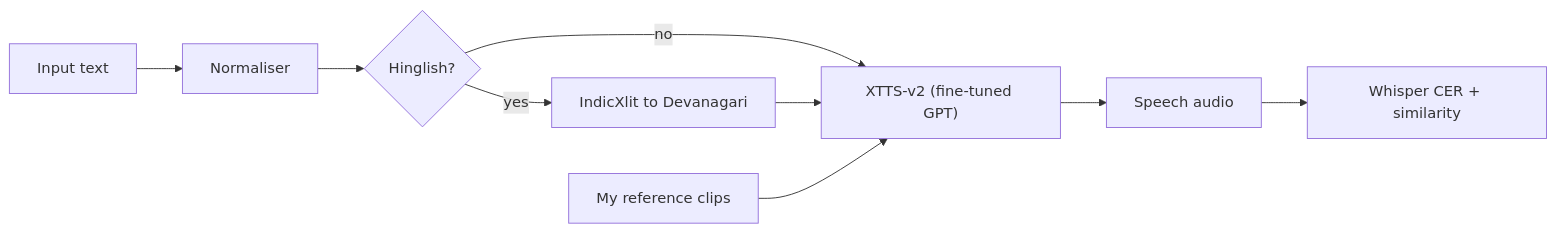
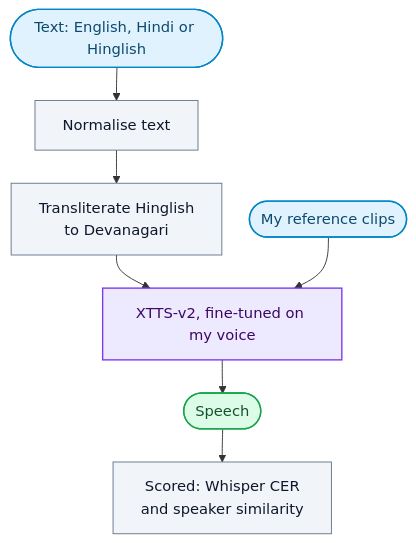
The diagram in projects/desi-tts.md (arukh281/arukh281), drawn with Mermaid before and after one commit. The commit also changed 5 other files, not shown here.

Commit message:
Cleaner diagrams, Earmark back in Now, desi-tts repo link, vendor ledger

````diff
--- a/projects/desi-tts.md
+++ b/projects/desi-tts.md
@@ -15,11 +15,14 @@
 ```mermaid
-flowchart LR
-  A["Input text"] --> B["Normaliser"]
-  B --> C{"Hinglish?"}
-  C -- yes --> D["IndicXlit to Devanagari"]
-  C -- no --> E["XTTS-v2 (fine-tuned GPT)"]
-  D --> E
-  R["My reference clips"] --> E
-  E --> F["Speech audio"]
-  F --> G["Whisper CER + similarity"]
+%%{init: {'flowchart': {'curve': 'basis', 'nodeSpacing': 30, 'rankSpacing': 36}}}%%
+flowchart TD
+    A(["Text: English, Hindi or Hinglish"]):::in --> B["Normalise text"]:::step
+    B --> C["Transliterate Hinglish<br/>to Devanagari"]:::step
+    C --> D["XTTS-v2, fine-tuned on my voice"]:::ai
+    R(["My reference clips"]):::in --> D
+    D --> E(["Speech"]):::out
+    E --> F["Scored: Whisper CER<br/>and speaker similarity"]:::step
+    classDef in fill:#e0f2fe,stroke:#0284c7,color:#0c4a6e,stroke-width:1.5px
+    classDef step fill:#f1f5f9,stroke:#64748b,color:#0f172a,stroke-width:1px
+    classDef ai fill:#ede9fe,stroke:#7c3aed,color:#3b0764,stroke-width:1.5px
+    classDef out fill:#dcfce7,stroke:#16a34a,color:#14532d,stroke-width:1.5px
 ```
````
